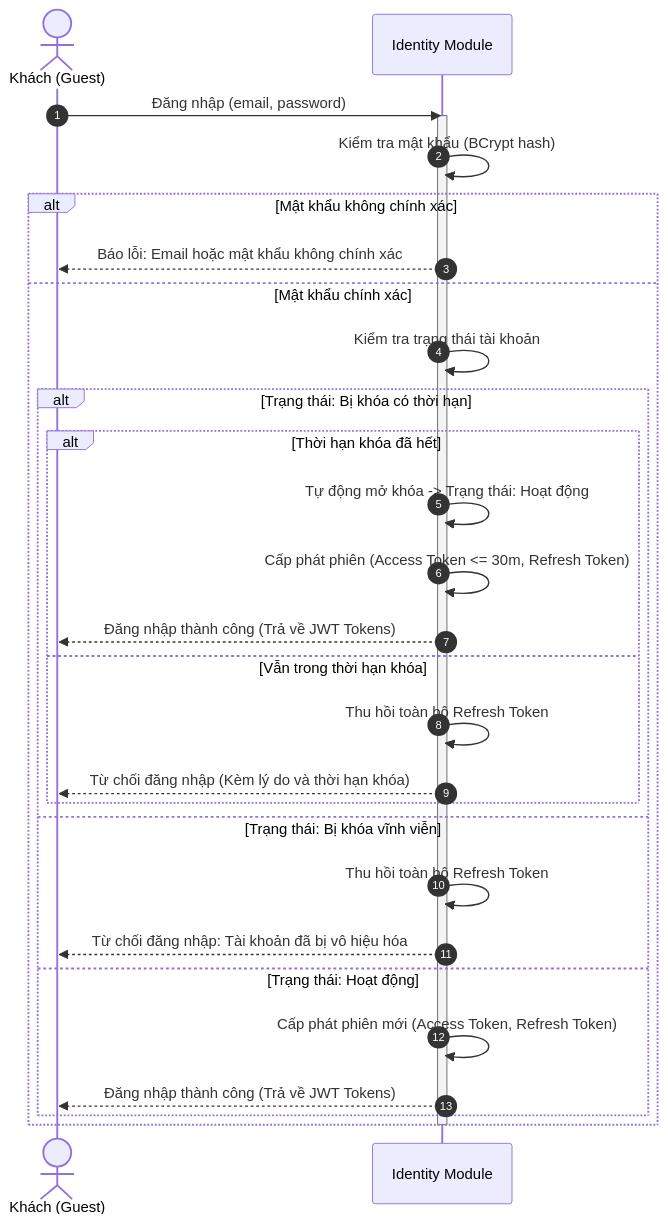
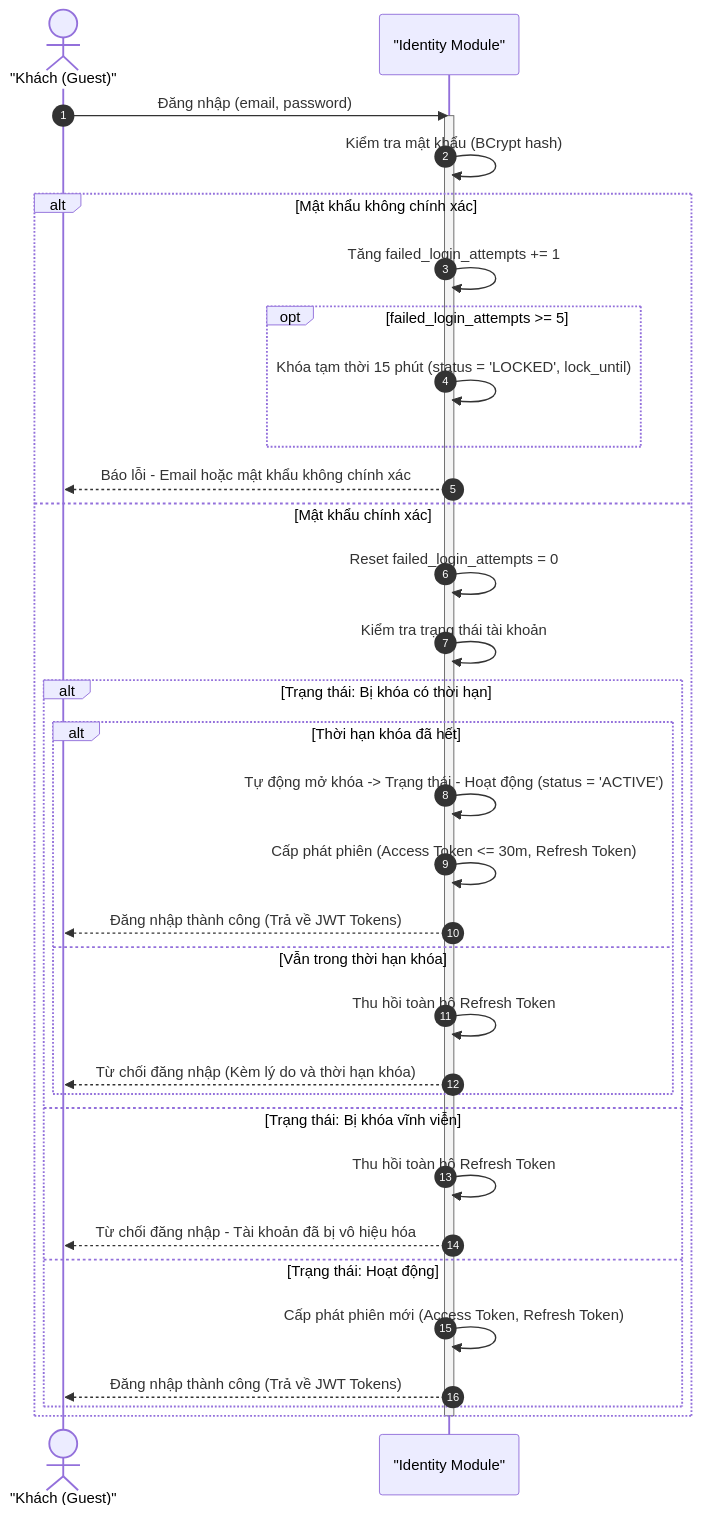
The first of 11 diagrams in docs/SEQUENCE_DIAGRAMS.md (buithienbao2402/BrainMemo-ModularMonolith), drawn with Mermaid before and after one commit. The commit also changed other lines of this file, not shown here.

````diff
--- a/docs/SEQUENCE_DIAGRAMS.md
+++ b/docs/SEQUENCE_DIAGRAMS.md
@@ -28,34 +31,39 @@
 ```mermaid
 sequenceDiagram
     autonumber
-    actor Guest as Khách (Guest)
-    participant Identity as Identity Module
+    actor Guest as "Khách (Guest)"
+    participant Identity as "Identity Module"
 
     Guest->>Identity: Đăng nhập (email, password)
     activate Identity
 
     Identity->>Identity: Kiểm tra mật khẩu (BCrypt hash)
     alt Mật khẩu không chính xác
-        Identity-->>Guest: Báo lỗi: Email hoặc mật khẩu không chính xác
+        Identity->>Identity: Tăng failed_login_attempts += 1
+        opt failed_login_attempts  >=  5
+            Identity->>Identity: Khóa tạm thời 15 phút (status = 'LOCKED', lock_until)
+        end
+        Identity-->>Guest: Báo lỗi - Email hoặc mật khẩu không chính xác
     else Mật khẩu chính xác
+        Identity->>Identity: Reset failed_login_attempts = 0
         Identity->>Identity: Kiểm tra trạng thái tài khoản
         
         alt Trạng thái: Bị khóa có thời hạn
             alt Thời hạn khóa đã hết
-                Identity->>Identity: Tự động mở khóa -> Trạng thái: Hoạt động
+                Identity->>Identity: Tự động mở khóa -> Trạng thái - Hoạt động (status = 'ACTIVE')
                 Identity->>Identity: Cấp phát phiên (Access Token <= 30m, Refresh Token)
                 Identity-->>Guest: Đăng nhập thành công (Trả về JWT Tokens)
             else Vẫn trong thời hạn khóa
                 Identity->>Identity: Thu hồi toàn bộ Refresh Token
                 Identity-->>Guest: Từ chối đăng nhập (Kèm lý do và thời hạn khóa)
             end
         else Trạng thái: Bị khóa vĩnh viễn
             Identity->>Identity: Thu hồi toàn bộ Refresh Token
-            Identity-->>Guest: Từ chối đăng nhập: Tài khoản đã bị vô hiệu hóa
+            Identity-->>Guest: Từ chối đăng nhập - Tài khoản đã bị vô hiệu hóa
         else Trạng thái: Hoạt động
             Identity->>Identity: Cấp phát phiên mới (Access Token, Refresh Token)
             Identity-->>Guest: Đăng nhập thành công (Trả về JWT Tokens)
         end
     end
     deactivate Identity
 ```
````
